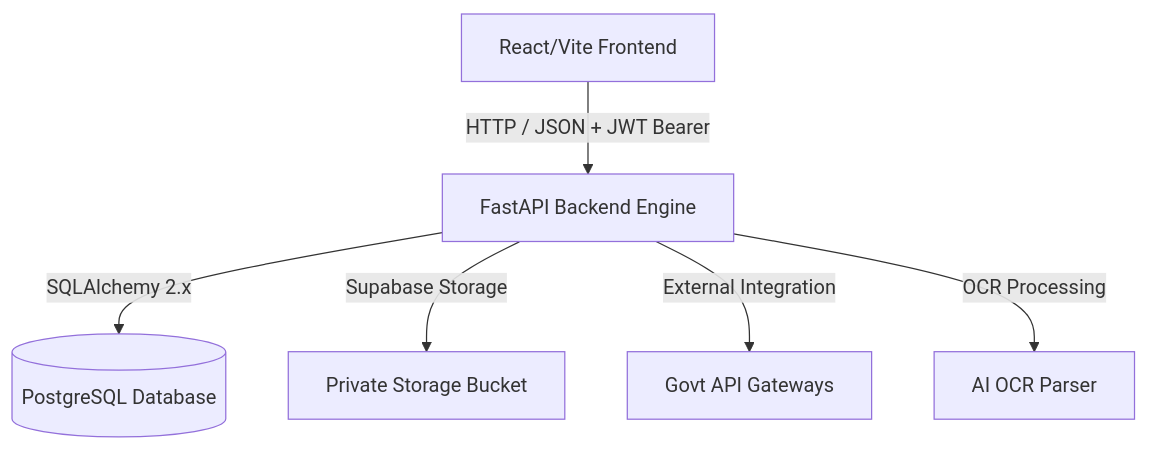
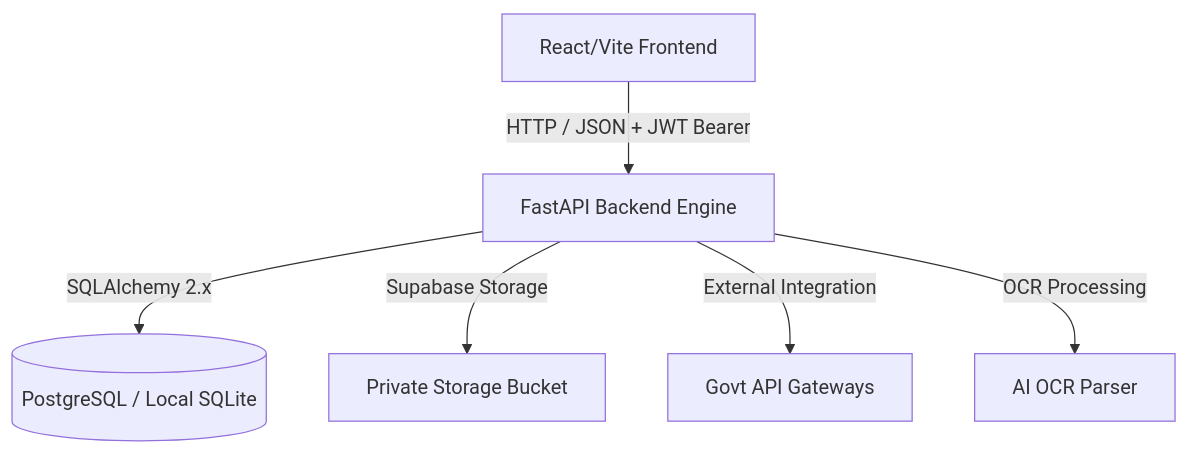
Before and after one commit to Yogeshsingh123-LAB/-AI-Powered-Integrated-Bid-Compliance-Verification-Platform-for-GeM-Procurement: the diagram in brain.md, drawn with Mermaid. The commit also changed other lines of this file and 9 other files, not shown here.

Commit message:
docs: update README.md, backend/README.md, and brain.md with latest architecture and security specs

````diff
--- a/brain.md
+++ b/brain.md
@@ -14,8 +14,8 @@
 ```mermaid
 graph TD
     A[React/Vite Frontend] -- HTTP / JSON + JWT Bearer --> B[FastAPI Backend Engine]
-    B -- SQLAlchemy 2.x --> C[(PostgreSQL Database)]
+    B -- SQLAlchemy 2.x --> C[(PostgreSQL / Local SQLite)]
     B -- Supabase Storage --> D[Private Storage Bucket]
     B -- External Integration --> E[Govt API Gateways]
     B -- OCR Processing --> F[AI OCR Parser]
 ```
````
